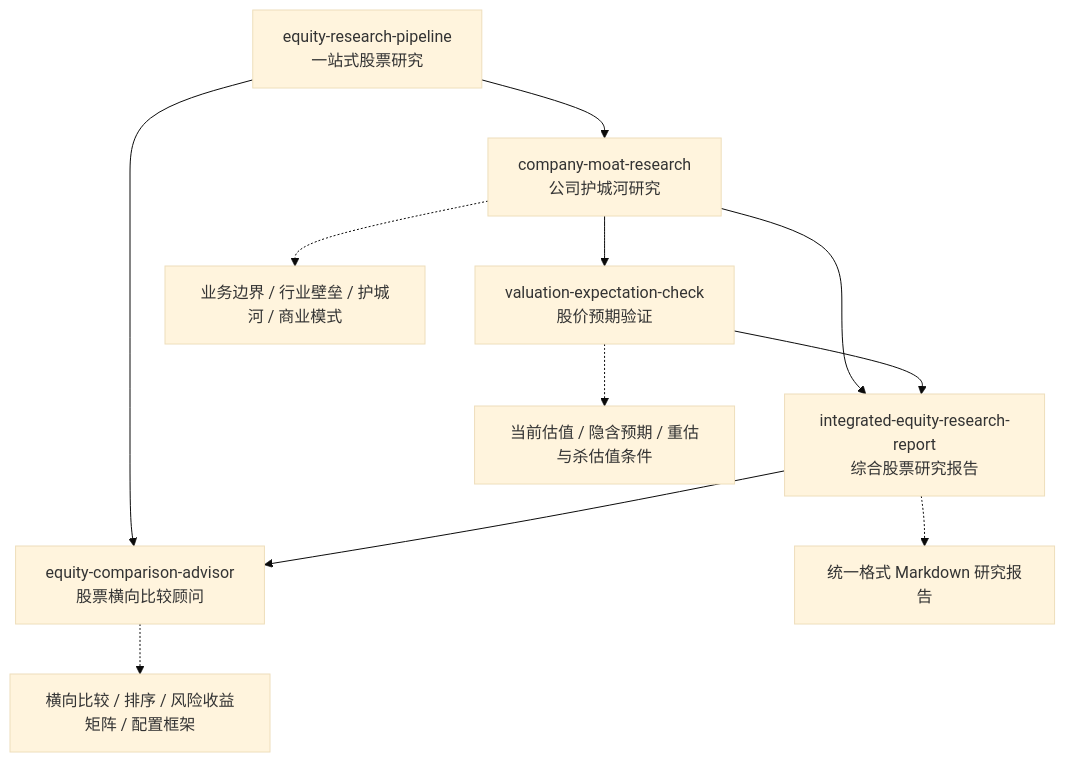
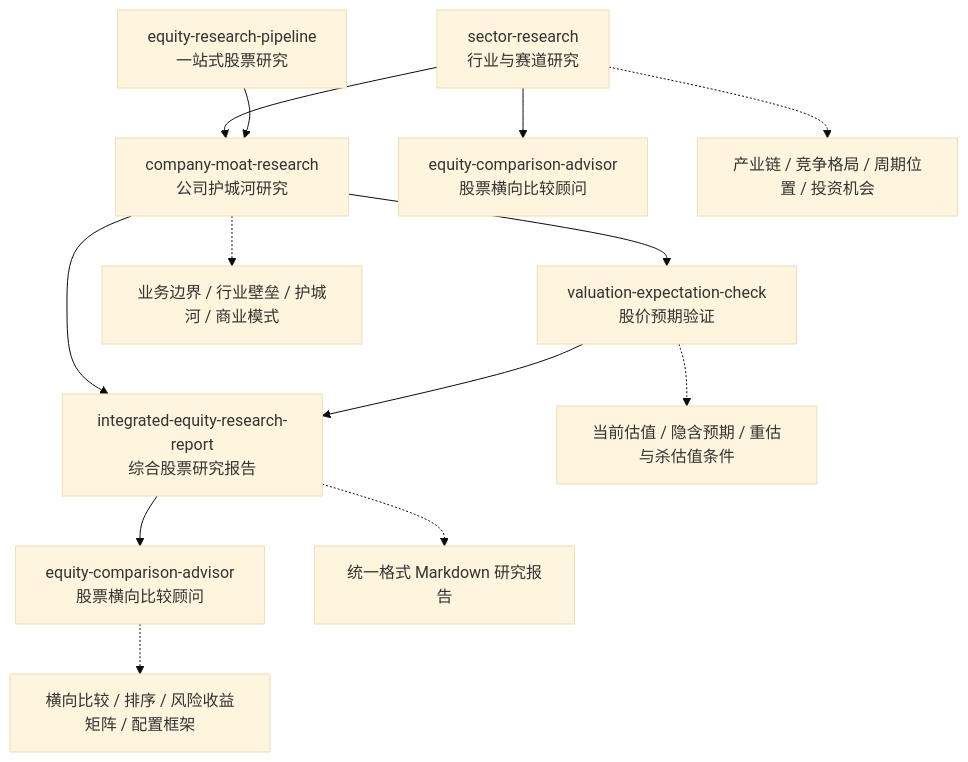
The diagram in README.md (vampire-locker/investment-research-skills), drawn with Mermaid (base theme) before and after one commit. The commit also changed other lines of this file and 1 other file, not shown here.

Commit message:
docs(README): 新增 sector-research 技能介绍，更新工作流图、目录表、安装脚本和仓库结构（Skills 5→6）

````diff
--- a/README.md
+++ b/README.md
@@ -69,14 +71,16 @@
 ```mermaid
 flowchart TD
-    A["company-moat-research<br/>公司护城河研究"] --> B["valuation-expectation-check<br/>股价预期验证"]
+    S["sector-research<br/>行业与赛道研究"] --> A["company-moat-research<br/>公司护城河研究"]
+    S --> P["equity-comparison-advisor<br/>股票横向比较顾问"]
+    A --> B["valuation-expectation-check<br/>股价预期验证"]
     A --> C["integrated-equity-research-report<br/>综合股票研究报告"]
     B --> C
-    P["equity-research-pipeline<br/>一站式股票研究"] --> A
-    P --> G["equity-comparison-advisor<br/>股票横向比较顾问"]
-    C --> G
+    P2["equity-research-pipeline<br/>一站式股票研究"] --> A
+    C --> G["equity-comparison-advisor<br/>股票横向比较顾问"]
 
+    S -.-> I["产业链 / 竞争格局 / 周期位置 / 投资机会"]
     A -.-> D["业务边界 / 行业壁垒 / 护城河 / 商业模式"]
     B -.-> E["当前估值 / 隐含预期 / 重估与杀估值条件"]
     C -.-> F["统一格式 Markdown 研究报告"]
     G -.-> H["横向比较 / 排序 / 风险收益矩阵 / 配置框架"]
 ```
````
